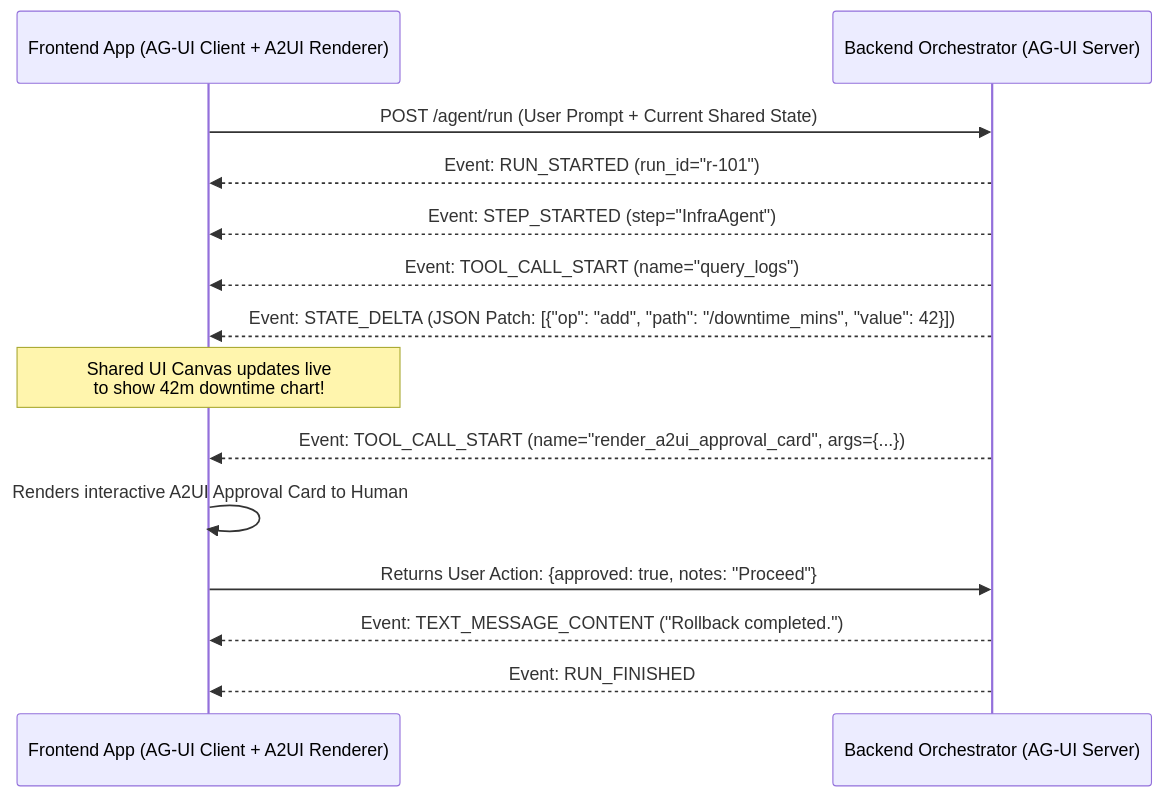
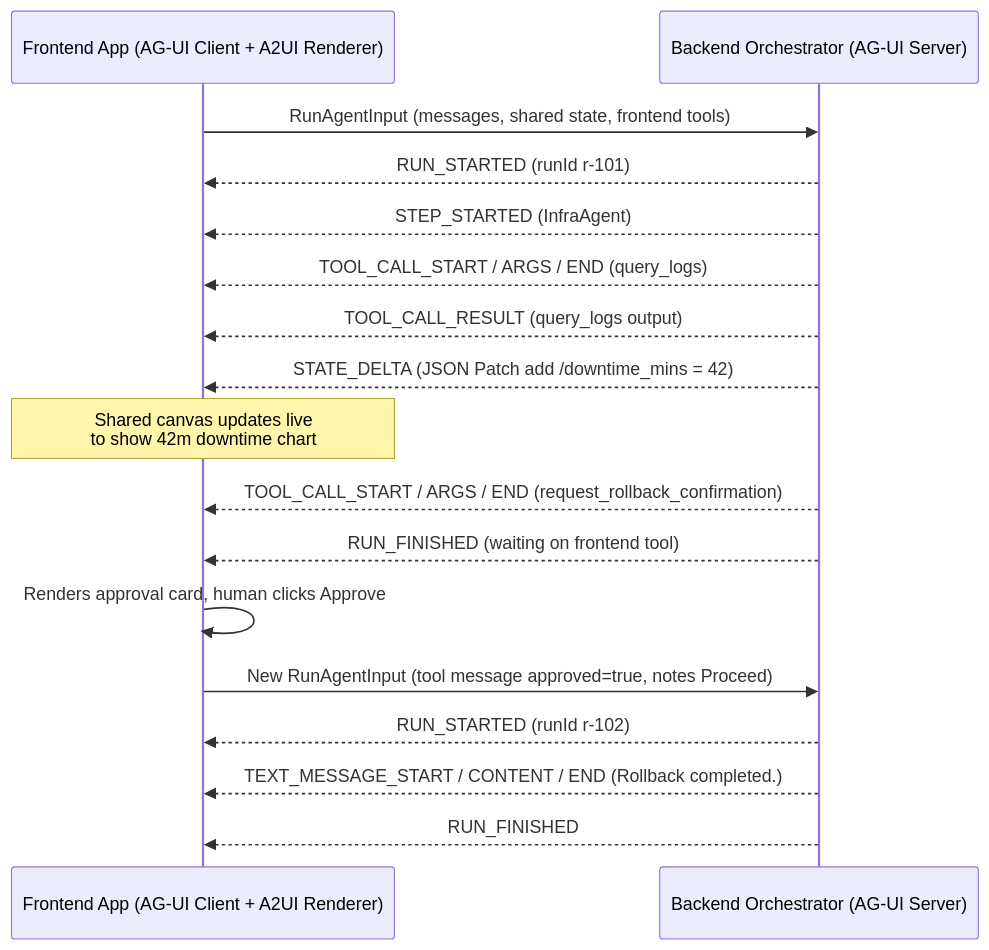
One commit to Rajdipc/agentic-ai-orchestration-patterns changed the second of 3 diagrams in chapter-15-agent-to-frontend-ux-and-commerce-protocols.md. Above: the diagram before and after it, drawn with Mermaid. The commit also changed other lines of this file and 18 other files, not shown here.

````diff
--- a/chapter-15-agent-to-frontend-ux-and-commerce-protocols.md
+++ b/chapter-15-agent-to-frontend-ux-and-commerce-protocols.md
@@ -53,17 +61,20 @@
 ```mermaid
 sequenceDiagram
     participant UI as Frontend App (AG-UI Client + A2UI Renderer)
     participant Agent as Backend Orchestrator (AG-UI Server)
 
-    UI->>Agent: POST /agent/run (User Prompt + Current Shared State)
-    Agent-->>UI: Event: RUN_STARTED (run_id="r-101")
-    Agent-->>UI: Event: STEP_STARTED (step="InfraAgent")
-    Agent-->>UI: Event: TOOL_CALL_START (name="query_logs")
-    Agent-->>UI: Event: STATE_DELTA (JSON Patch: [{"op": "add", "path": "/downtime_mins", "value": 42}])
-    Note over UI: Shared UI Canvas updates live<br/>to show 42m downtime chart!
-    Agent-->>UI: Event: TOOL_CALL_START (name="render_a2ui_approval_card", args={...})
-    UI->>UI: Renders interactive A2UI Approval Card to Human
-    UI->>Agent: Returns User Action: {approved: true, notes: "Proceed"}
-    Agent-->>UI: Event: TEXT_MESSAGE_CONTENT ("Rollback completed.")
-    Agent-->>UI: Event: RUN_FINISHED
+    UI->>Agent: RunAgentInput (messages, shared state, frontend tools)
+    Agent-->>UI: RUN_STARTED (runId r-101)
+    Agent-->>UI: STEP_STARTED (InfraAgent)
+    Agent-->>UI: TOOL_CALL_START / ARGS / END (query_logs)
+    Agent-->>UI: TOOL_CALL_RESULT (query_logs output)
+    Agent-->>UI: STATE_DELTA (JSON Patch add /downtime_mins = 42)
+    Note over UI: Shared canvas updates live<br/>to show 42m downtime chart
+    Agent-->>UI: TOOL_CALL_START / ARGS / END (request_rollback_confirmation)
+    Agent-->>UI: RUN_FINISHED (waiting on frontend tool)
+    UI->>UI: Renders approval card, human clicks Approve
+    UI->>Agent: New RunAgentInput (tool message approved=true, notes Proceed)
+    Agent-->>UI: RUN_STARTED (runId r-102)
+    Agent-->>UI: TEXT_MESSAGE_START / CONTENT / END (Rollback completed.)
+    Agent-->>UI: RUN_FINISHED
 ```
````
